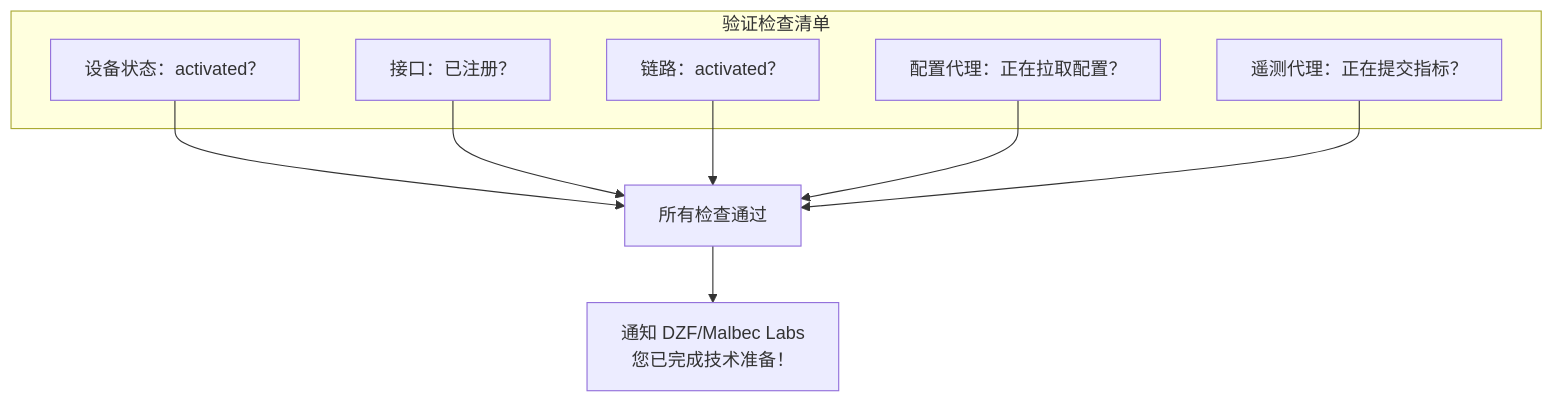
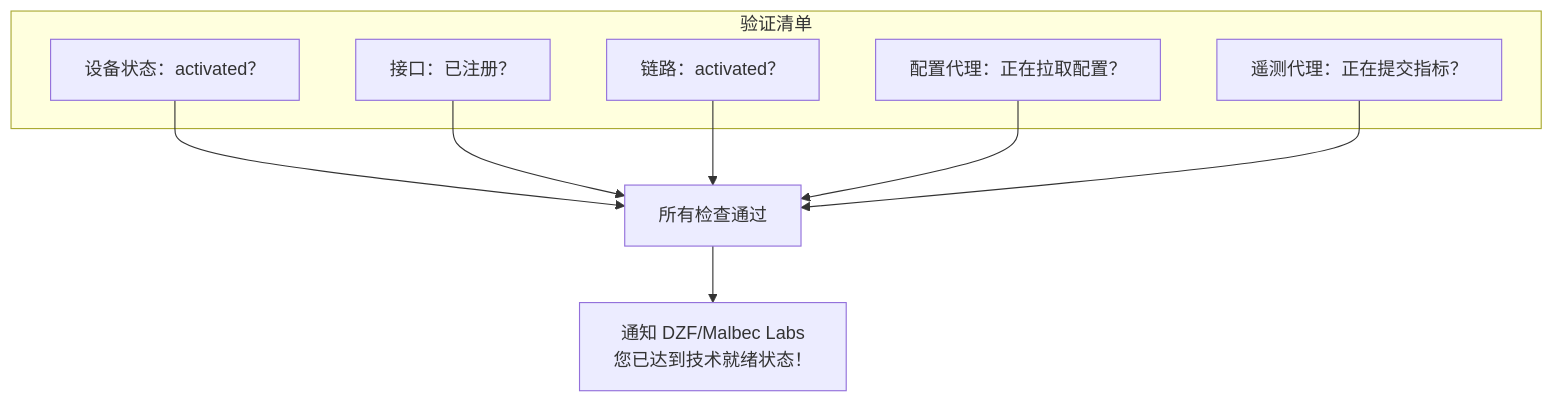
One commit to malbeclabs/docs changed diagram 13 of 13 in docs/contribute-provisioning.zh.md. Above: the diagram before and after it, drawn with Mermaid. The commit also changed other lines of this file and 130 other files, not shown here.

````diff
--- a/docs/contribute-provisioning.zh.md
+++ b/docs/contribute-provisioning.zh.md
@@ -1032,18 +1032,18 @@
 ```mermaid
 flowchart TB
-    subgraph "验证检查清单"
+    subgraph "验证清单"
         D[设备状态：activated？]
         I[接口：已注册？]
         L[链路：activated？]
         CA[配置代理：正在拉取配置？]
         TA[遥测代理：正在提交指标？]
     end
 
     D --> PASS
     I --> PASS
     L --> PASS
     CA --> PASS
     TA --> PASS
 
-    PASS[所有检查通过] --> NOTIFY[通知 DZF/Malbec Labs<br/>您已完成技术准备！]
+    PASS[所有检查通过] --> NOTIFY[通知 DZF/Malbec Labs<br/>您已达到技术就绪状态！]
 ```
````
